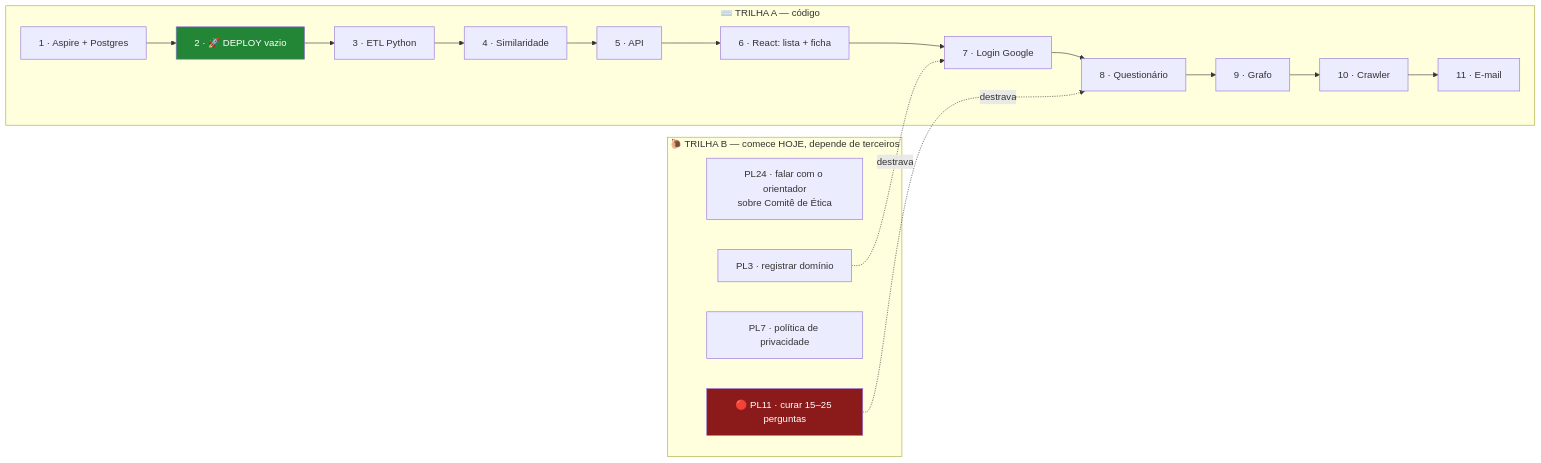
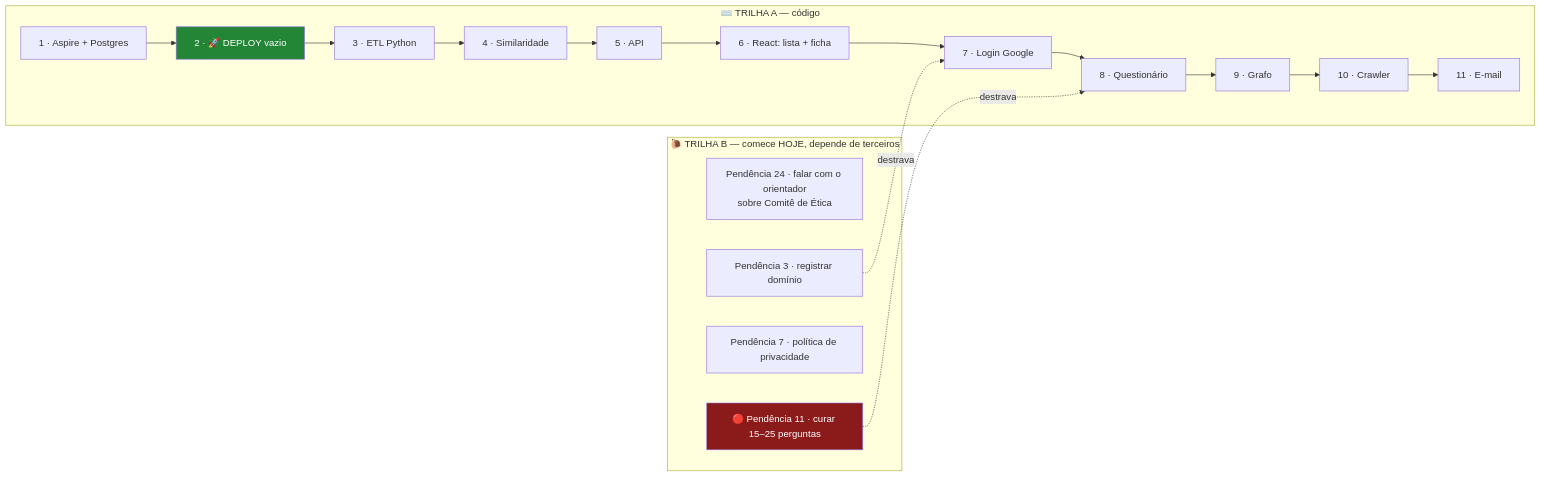
Before and after one commit to IgorLucasAssuncao/poligraph: the fourth of 4 diagrams in docs/plano/01-arquitetura.md, drawn with Mermaid. The commit also changed other lines of this file and 110 other files, not shown here.

````diff
--- a/docs/plano/01-arquitetura.md
+++ b/docs/plano/01-arquitetura.md
@@ -660,20 +660,20 @@
 ```mermaid
 flowchart LR
     subgraph T2["🐌 TRILHA B — comece HOJE, depende de terceiros"]
-        B1["PL24 · falar com o orientador<br/>sobre Comitê de Ética"]
-        B2["PL3 · registrar domínio"]
-        B3["PL7 · política de privacidade"]
-        B4["🔴 PL11 · curar 15–25 perguntas"]
+        B1["Pendência 24 · falar com o orientador<br/>sobre Comitê de Ética"]
+        B2["Pendência 3 · registrar domínio"]
+        B3["Pendência 7 · política de privacidade"]
+        B4["🔴 Pendência 11 · curar 15–25 perguntas"]
     end
     subgraph T1["⌨️ TRILHA A — código"]
         A1["1 · Aspire + Postgres"] --> A2["2 · 🚀 DEPLOY vazio"]
         A2 --> A3["3 · ETL Python"] --> A4["4 · Similaridade"]
         A4 --> A5["5 · API"] --> A6["6 · React: lista + ficha"]
         A6 --> A7["7 · Login Google"] --> A8["8 · Questionário"]
         A8 --> A9["9 · Grafo"] --> A10["10 · Crawler"] --> A11["11 · E-mail"]
     end
     B4 -.destrava.-> A8
     B2 -.destrava.-> A7
     style B4 fill:#8b1a1a,color:#fff
     style A2 fill:#238636,color:#fff
 ```
````
